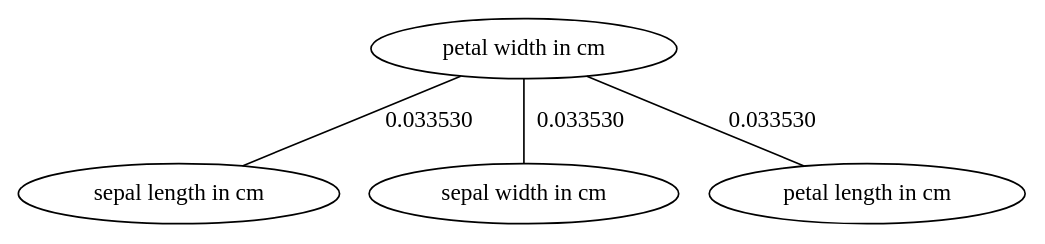
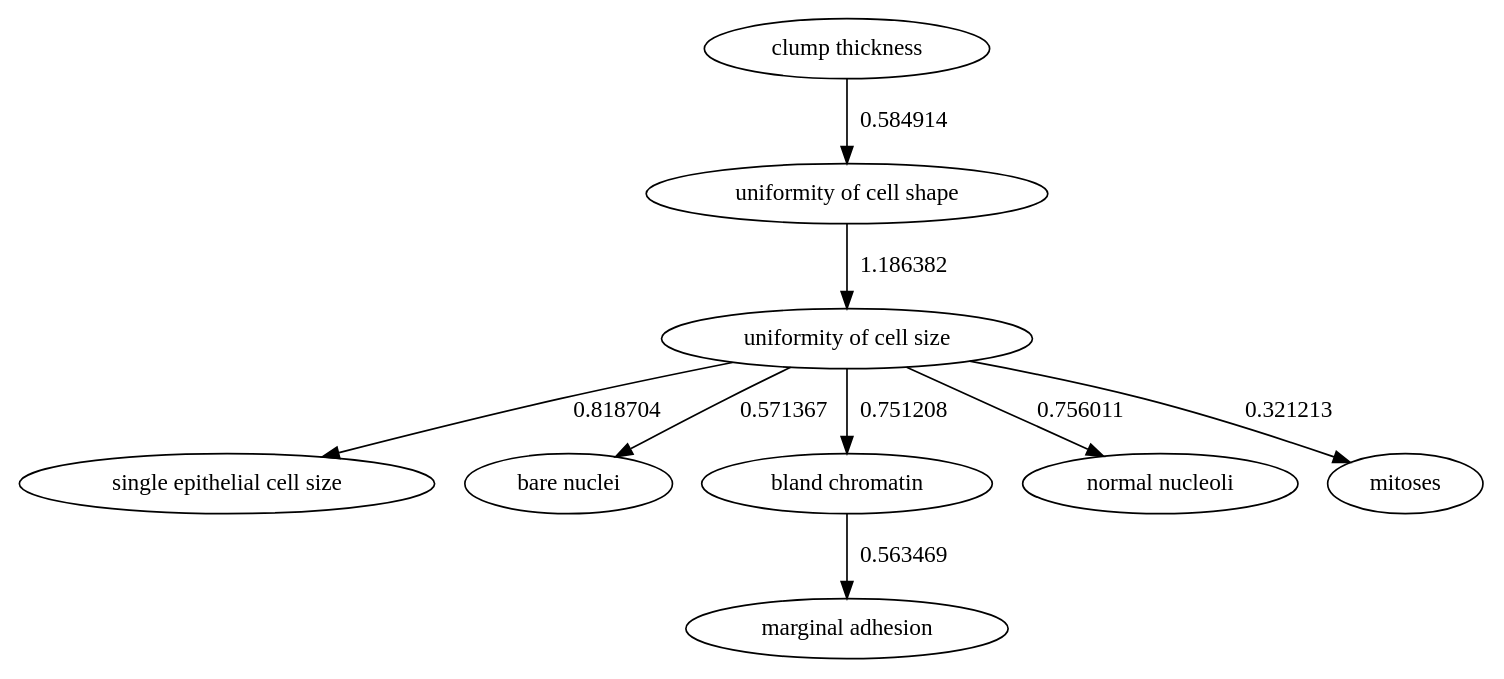
One commit to byrdie/CSCI446_Artificial_Intelligence_Project3_MachineLearning changed the diagram in src/CSCI446_Project3_MachineLearning/mst.dot. Above: the diagram before and after it, drawn with Graphviz. The commit also changed 18 other files, not shown here.

```diff
--- a/src/CSCI446_Project3_MachineLearning/mst.dot
+++ b/src/CSCI446_Project3_MachineLearning/mst.dot
@@ -1,9 +1,19 @@
-graph {
-sepallengthincm[label="sepal length in cm"]
-sepalwidthincm[label="sepal width in cm"]
-petallengthincm[label="petal length in cm"]
-petalwidthincm[label="petal width in cm"]
-petalwidthincm--petallengthincm[label="0.033530"]
-petalwidthincm--sepalwidthincm[label="0.033530"]
-petalwidthincm--sepallengthincm[label="0.033530"]
+digraph {
+clumpthickness[label="clump thickness"]
+uniformityofcellsize[label="uniformity of cell size"]
+uniformityofcellshape[label="uniformity of cell shape"]
+marginaladhesion[label="marginal adhesion"]
+singleepithelialcellsize[label="single epithelial cell size"]
+barenuclei[label="bare nuclei"]
+blandchromatin[label="bland chromatin"]
+normalnucleoli[label="normal nucleoli"]
+mitoses[label="mitoses"]
+uniformityofcellshape->uniformityofcellsize[label="1.186382"]
+uniformityofcellsize->singleepithelialcellsize[label="0.818704"]
+uniformityofcellsize->normalnucleoli[label="0.756011"]
+uniformityofcellsize->blandchromatin[label="0.751208"]
+clumpthickness->uniformityofcellshape[label="0.584914"]
+uniformityofcellsize->barenuclei[label="0.571367"]
+blandchromatin->marginaladhesion[label="0.563469"]
+uniformityofcellsize->mitoses[label="0.321213"]
 }
```
